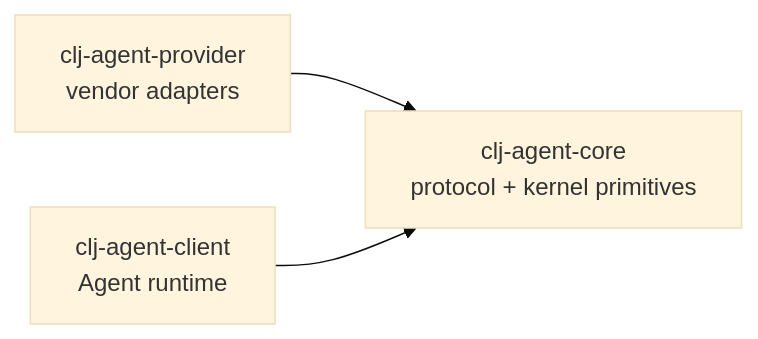
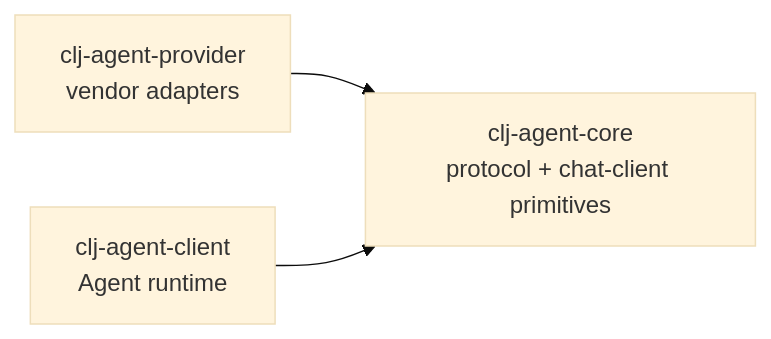
The second of 2 diagrams in README_EN.md (TTalkPro/clj-agent), drawn with Mermaid (base theme) before and after one commit. The commit also changed other lines of this file and 95 other files, not shown here.

First line of the commit message:
refactor: modularize agent architecture

````diff
--- a/README_EN.md
+++ b/README_EN.md
@@ -61,9 +61,9 @@
 ```mermaid
 graph LR
     provider[clj-agent-provider<br/>vendor adapters]
     client[clj-agent-client<br/>Agent runtime]
-    core[clj-agent-core<br/>protocol + kernel primitives]
+    core[clj-agent-core<br/>protocol + chat-client primitives]
 
     provider --> core
     client --> core
 ```
````
